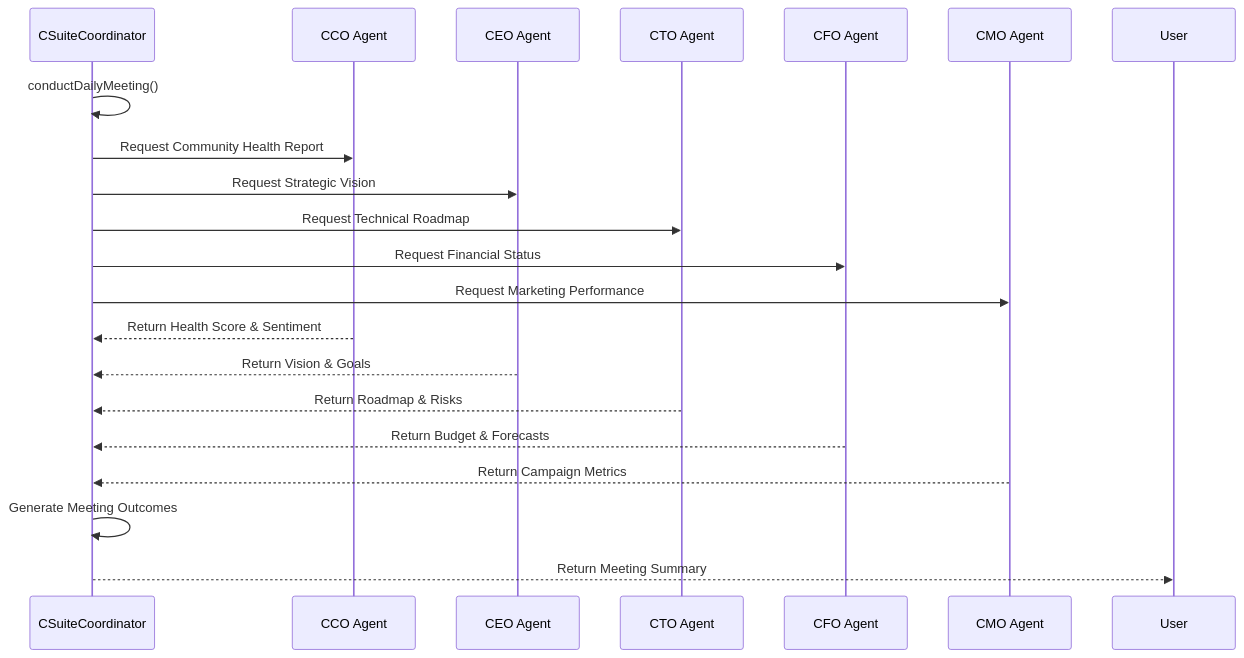
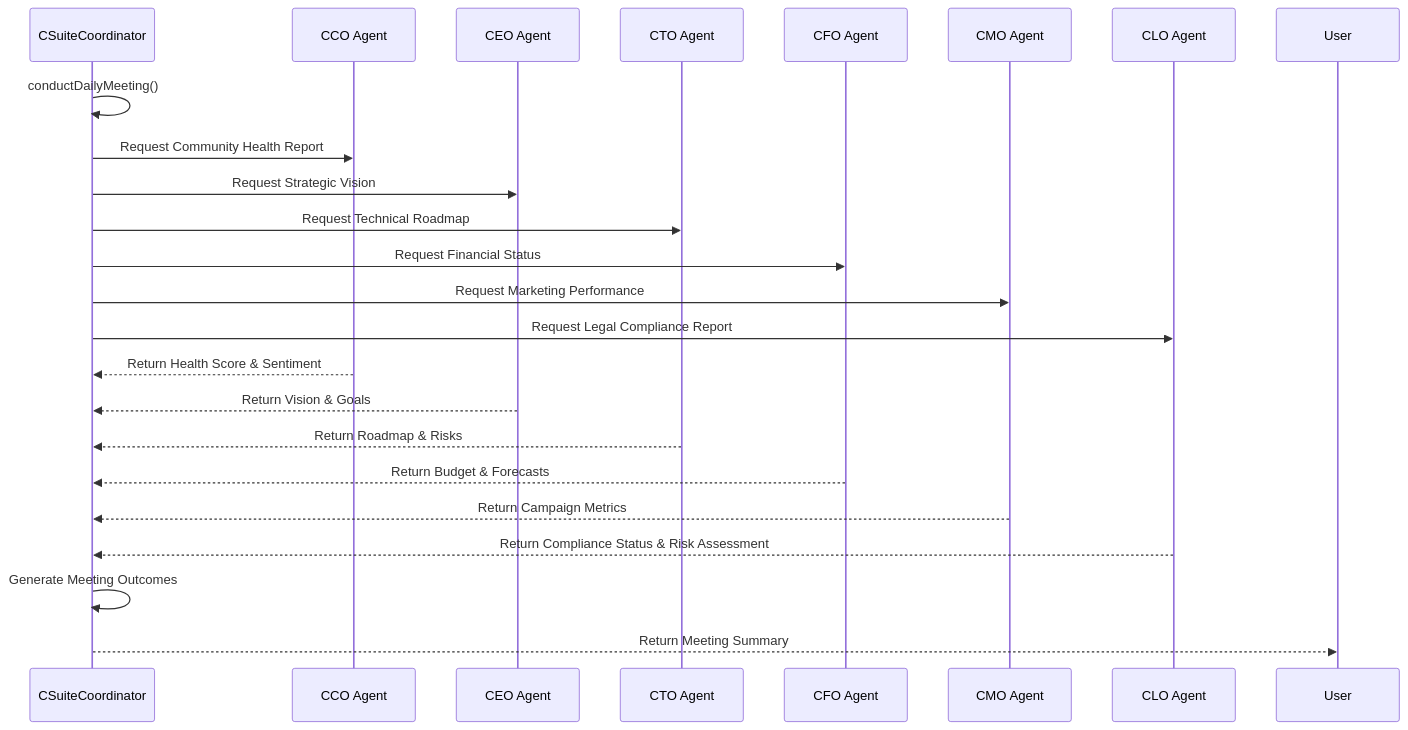
One commit to 371-Minds/os changed the fifth of 7 diagrams in .qoder/repowiki/en/content/C-Suite Agent Coordination.md. Above: the diagram before and after it, drawn with Mermaid. The commit also changed other lines of this file and 23 other files, not shown here.

````diff
--- a/.qoder/repowiki/en/content/C-Suite Agent Coordination.md
+++ b/.qoder/repowiki/en/content/C-Suite Agent Coordination.md
@@ -179,22 +194,25 @@
 ```mermaid
 sequenceDiagram
 participant Coordinator as CSuiteCoordinator
 participant CCO as CCO Agent
 participant CEO as CEO Agent
 participant CTO as CTO Agent
 participant CFO as CFO Agent
 participant CMO as CMO Agent
+participant CLO as CLO Agent
 Coordinator->>Coordinator : conductDailyMeeting()
 Coordinator->>CCO : Request Community Health Report
 Coordinator->>CEO : Request Strategic Vision
 Coordinator->>CTO : Request Technical Roadmap
 Coordinator->>CFO : Request Financial Status
 Coordinator->>CMO : Request Marketing Performance
+Coordinator->>CLO : Request Legal Compliance Report
 CCO-->>Coordinator : Return Health Score & Sentiment
 CEO-->>Coordinator : Return Vision & Goals
 CTO-->>Coordinator : Return Roadmap & Risks
 CFO-->>Coordinator : Return Budget & Forecasts
 CMO-->>Coordinator : Return Campaign Metrics
+CLO-->>Coordinator : Return Compliance Status & Risk Assessment
 Coordinator->>Coordinator : Generate Meeting Outcomes
 Coordinator-->>User : Return Meeting Summary
 ```
````
